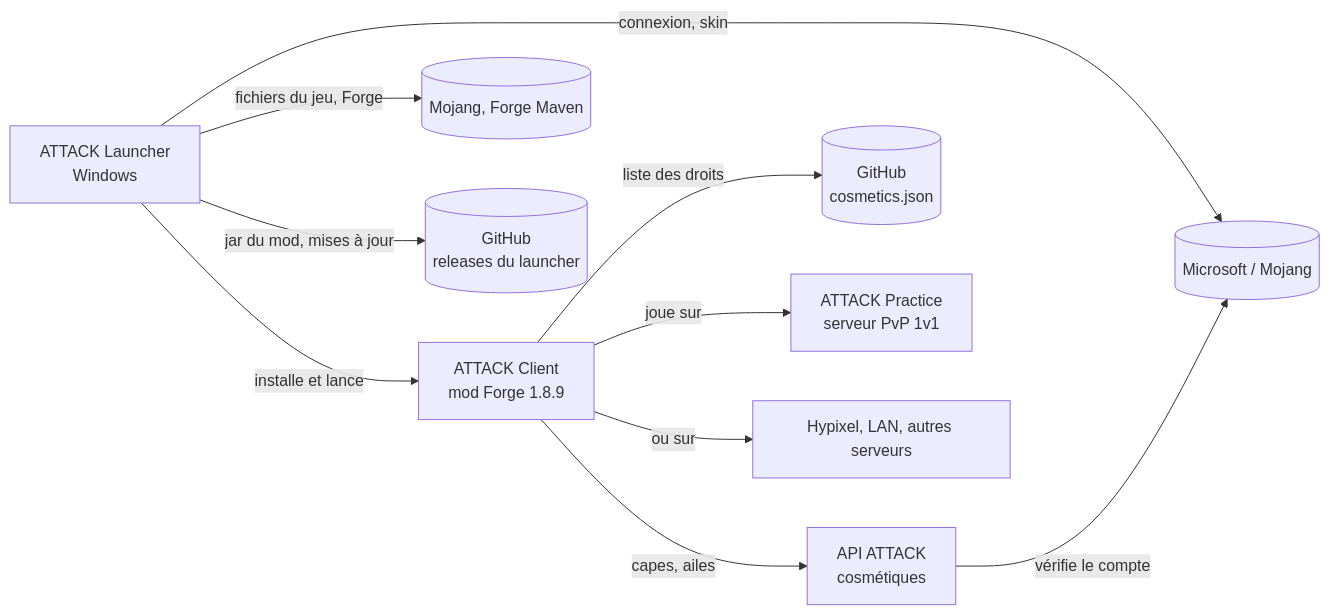
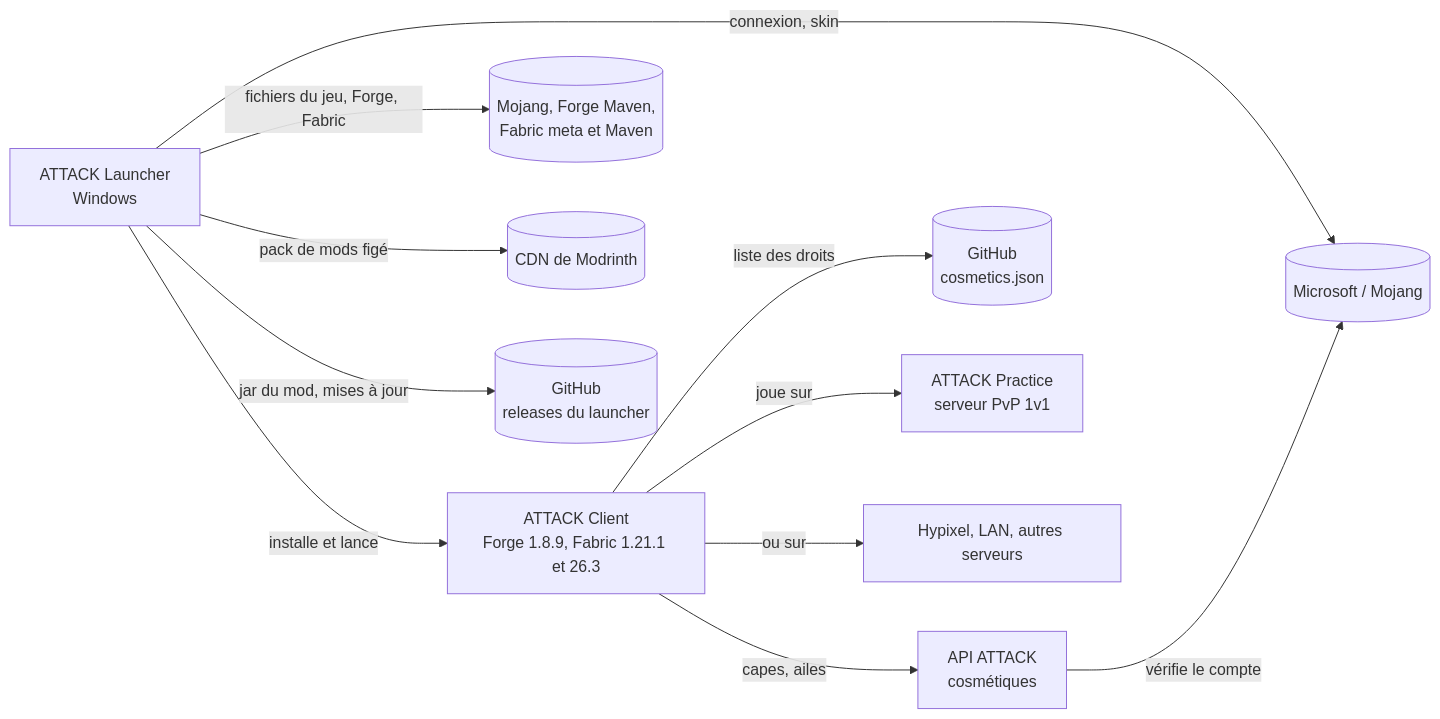
Before and after one commit to 7ShIkI3/attack-launcher: the diagram in README.md, drawn with Mermaid. The commit also changed other lines of this file and 14 other files, not shown here.

First line of the commit message:
docs: trois profils, pack de mods Fabric, jars de release et captures

````diff
--- a/README.md
+++ b/README.md
@@ -22,12 +32,13 @@
 ```mermaid
 flowchart LR
-  L["ATTACK Launcher<br>Windows"] -->|"installe et lance"| C["ATTACK Client<br>mod Forge 1.8.9"]
+  L["ATTACK Launcher<br>Windows"] -->|"installe et lance"| C["ATTACK Client<br>Forge 1.8.9, Fabric 1.21.1 et 26.3"]
   L -->|"connexion, skin"| M[("Microsoft / Mojang")]
-  L -->|"fichiers du jeu, Forge"| D[("Mojang, Forge Maven")]
+  L -->|"fichiers du jeu, Forge, Fabric"| D[("Mojang, Forge Maven,<br>Fabric meta et Maven")]
+  L -->|"pack de mods figé"| O[("CDN de Modrinth")]
   L -->|"jar du mod, mises à jour"| R[("GitHub<br>releases du launcher")]
   C -->|"capes, ailes"| A["API ATTACK<br>cosmétiques"]
   A -->|"vérifie le compte"| M
   C -->|"liste des droits"| G[("GitHub<br>cosmetics.json")]
   C -->|"joue sur"| P["ATTACK Practice<br>serveur PvP 1v1"]
   C -->|"ou sur"| S["Hypixel, LAN, autres serveurs"]
 ```
````
